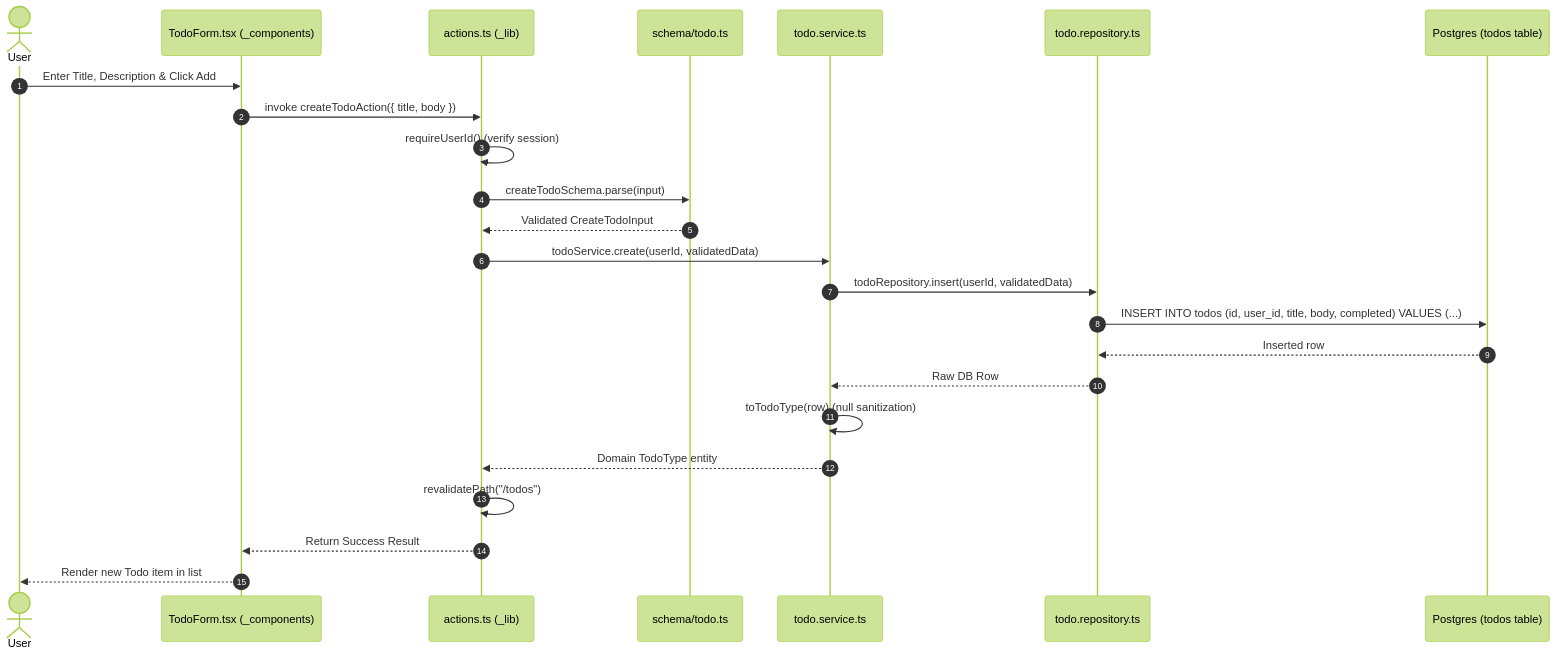
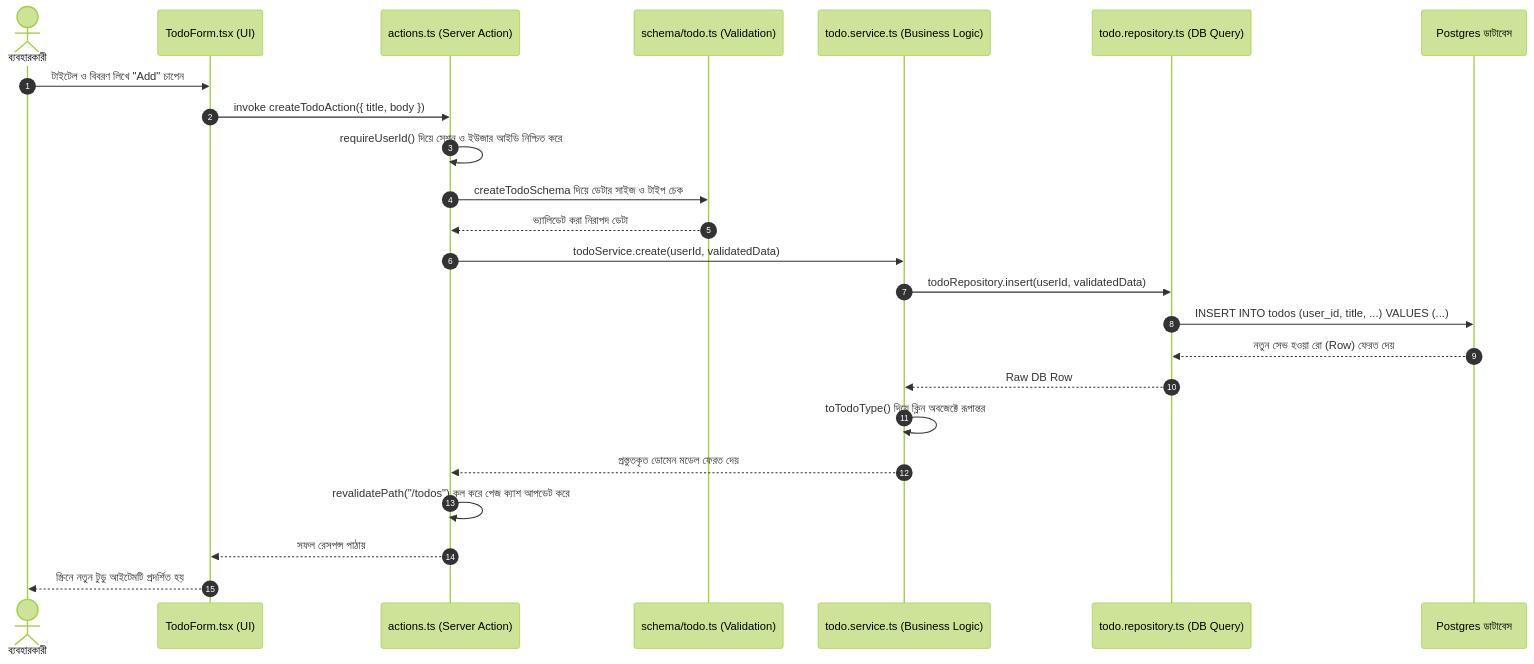
Before and after one commit to Rana2324/Todo-App: the second of 3 diagrams in docs/design/system-flow.md, drawn with Mermaid (forest theme). The commit also changed other lines of this file and 26 other files, not shown here.

````diff
--- a/docs/design/system-flow.md
+++ b/docs/design/system-flow.md
@@ -38,27 +47,27 @@
 ```mermaid
 sequenceDiagram
     autonumber
-    actor User
-    participant Form as TodoForm.tsx (_components)
-    participant Action as actions.ts (_lib)
-    participant Zod as schema/todo.ts
-    participant Service as todo.service.ts
-    participant Repo as todo.repository.ts
-    participant DB as Postgres (todos table)
+    actor User as ব্যবহারকারী
+    participant Form as TodoForm.tsx (UI)
+    participant Action as actions.ts (Server Action)
+    participant Zod as schema/todo.ts (Validation)
+    participant Service as todo.service.ts (Business Logic)
+    participant Repo as todo.repository.ts (DB Query)
+    participant DB as Postgres ডাটাবেস
 
-    User->>Form: Enter Title, Description & Click Add
+    User->>Form: টাইটেল ও বিবরণ লিখে "Add" চাপেন
     Form->>Action: invoke createTodoAction({ title, body })
-    Action->>Action: requireUserId() (verify session)
-    Action->>Zod: createTodoSchema.parse(input)
-    Zod-->>Action: Validated CreateTodoInput
+    Action->>Action: requireUserId() দিয়ে সেশন ও ইউজার আইডি নিশ্চিত করে
+    Action->>Zod: createTodoSchema দিয়ে ডেটার সাইজ ও টাইপ চেক
+    Zod-->>Action: ভ্যালিডেট করা নিরাপদ ডেটা
     Action->>Service: todoService.create(userId, validatedData)
     Service->>Repo: todoRepository.insert(userId, validatedData)
-    Repo->>DB: INSERT INTO todos (id, user_id, title, body, completed) VALUES (...)
-    DB-->>Repo: Inserted row
+    Repo->>DB: INSERT INTO todos (user_id, title, ...) VALUES (...)
+    DB-->>Repo: নতুন সেভ হওয়া রো (Row) ফেরত দেয়
     Repo-->>Service: Raw DB Row
-    Service->>Service: toTodoType(row) (null sanitization)
-    Service-->>Action: Domain TodoType entity
-    Action->>Action: revalidatePath("/todos")
-    Action-->>Form: Return Success Result
-    Form-->>User: Render new Todo item in list
+    Service->>Service: toTodoType() দিয়ে ক্লিন অবজেক্টে রূপান্তর
+    Service-->>Action: প্রস্তুতকৃত ডোমেন মডেল ফেরত দেয়
+    Action->>Action: revalidatePath("/todos") কল করে পেজ ক্যাশ আপডেট করে
+    Action-->>Form: সফল রেসপন্স পাঠায়
+    Form-->>User: স্ক্রিনে নতুন টুডু আইটেমটি প্রদর্শিত হয়
 ```
````
